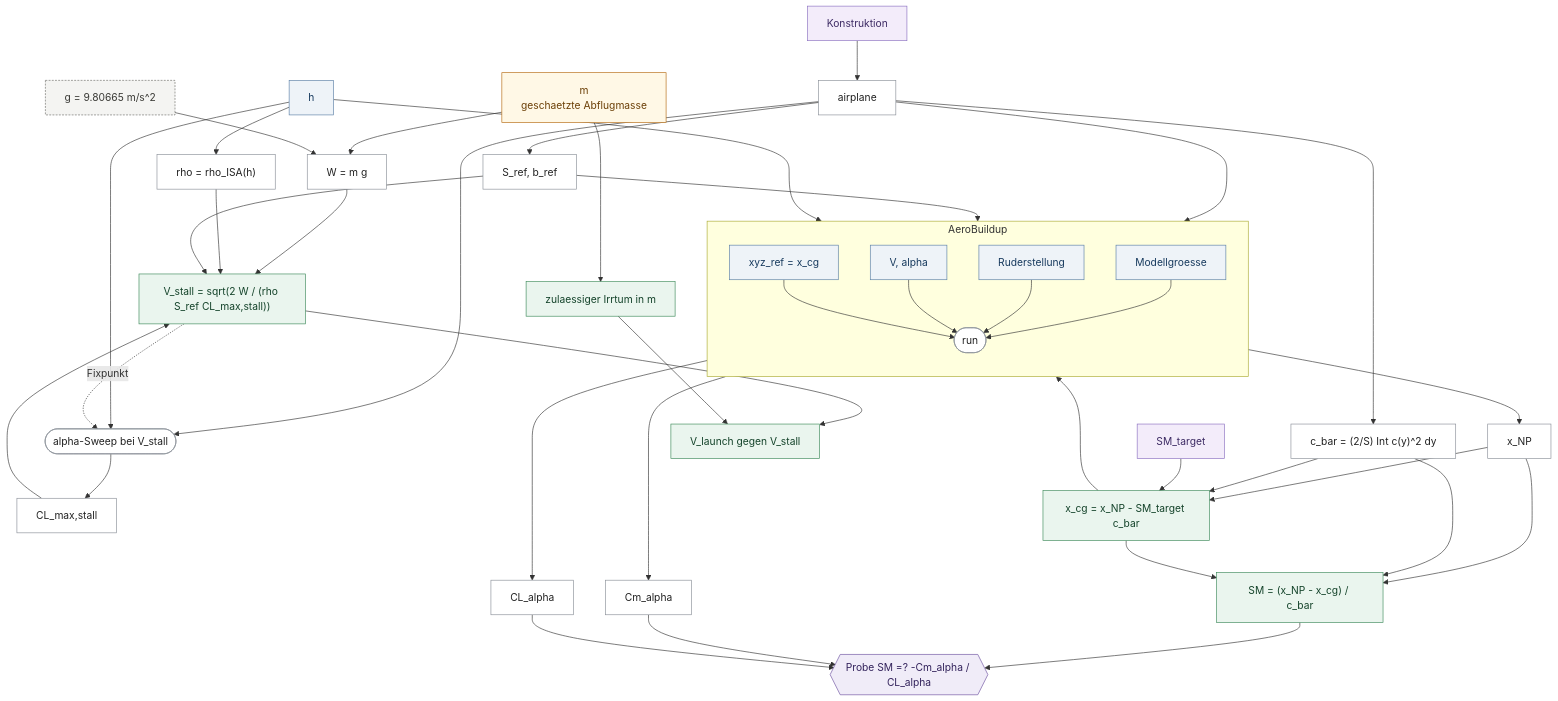
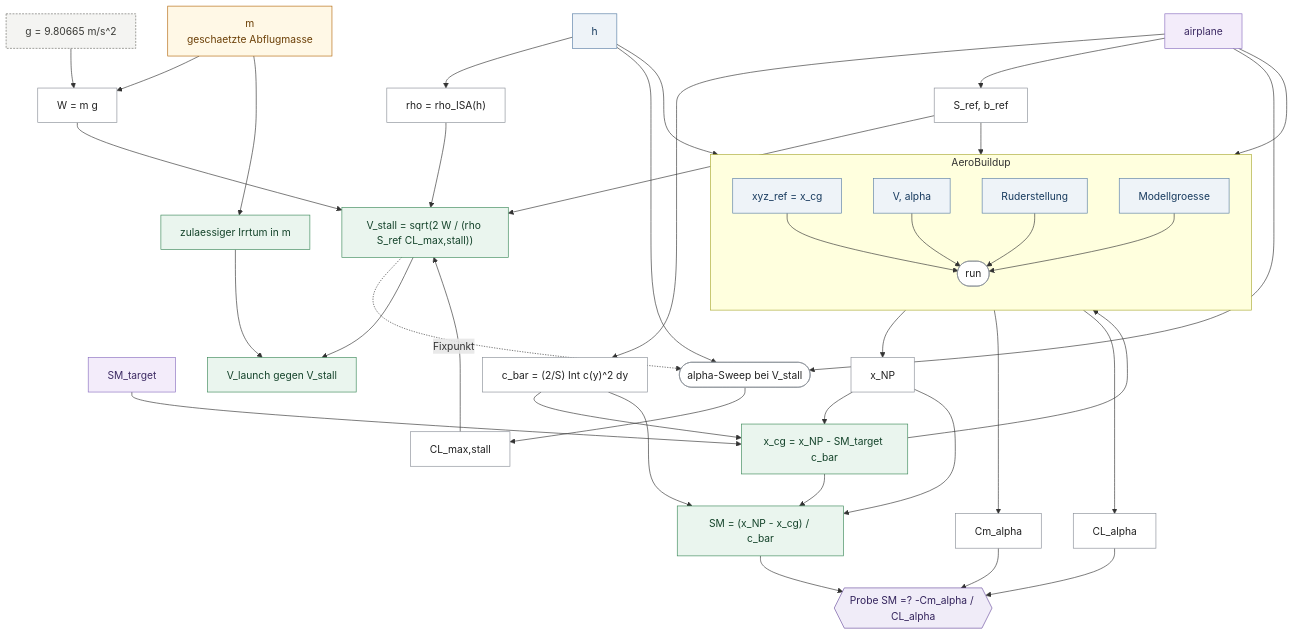
The second of 2 diagrams in _reversa_sdd/calculations/canon/PFAD3.md (szymansk/da3Dalus), drawn with Mermaid before and after one commit. The commit also changed 1 other file, not shown here.

Commit message:
docs(spec): airplane is an input, drop the construction box
Simplification from the maintainer. The geometry he prescribes is an
input to this path; modelling the act of constructing it adds a node
without adding a statement.

Claude-Session: https://claude.ai/code/session_01Mi6hrNvR7cmwACXYAoStnv

```diff
--- a/_reversa_sdd/calculations/canon/PFAD3.md
+++ b/_reversa_sdd/calculations/canon/PFAD3.md
@@ -431,13 +431,12 @@
   classDef konst fill:#f4f4f2,stroke:#6b6b66,stroke-dasharray:3 2,color:#3a3a36
   classDef out fill:#eaf5ee,stroke:#3d8a5a,color:#14432a
 
-  KONSTR["Konstruktion"]:::choice
+  GEO["airplane"]:::choice
   SMT["SM_target"]:::choice
   MEST["m<br/>geschaetzte Abflugmasse"]:::est
   HOEHE["h"]:::inp
   GRAV["g = 9.80665 m/s^2"]:::konst
 
-  GEO["airplane"]:::drv
   MAC["c_bar = (2/S) Int c(y)^2 dy"]:::drv
   SREF["S_ref, b_ref"]:::drv
   ATM["rho = rho_ISA(h)"]:::drv
@@ -469,7 +468,6 @@
   MENV["zulaessiger Irrtum in m"]:::out
   HAND["V_launch gegen V_stall"]:::out
 
-  KONSTR --> GEO
   GEO --> MAC
   GEO --> SREF
   GEO --> RUN
```
